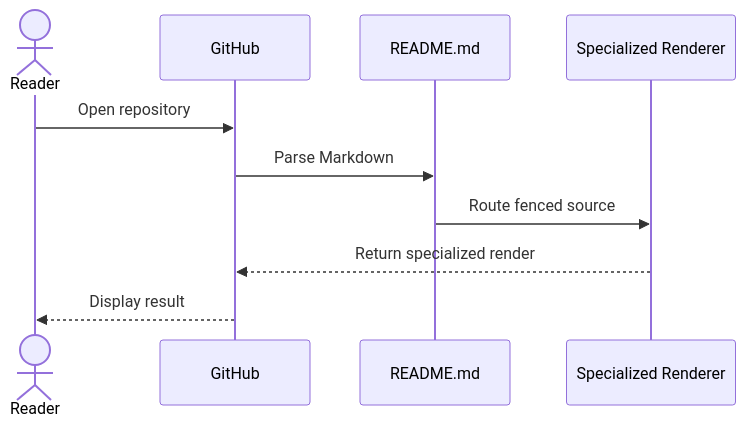
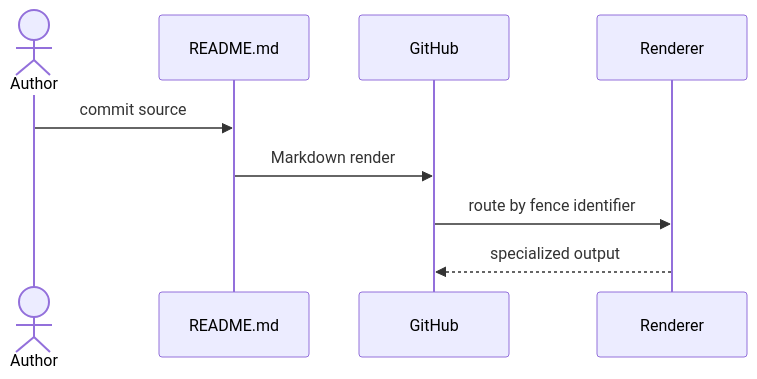
Before and after one commit to thiepn/markdown: the third of 6 diagrams in README.md, drawn with Mermaid. The commit also changed other lines of this file, not shown here.

````diff
--- a/README.md
+++ b/README.md
@@ -769,12 +721,11 @@
 ```mermaid
 sequenceDiagram
-    actor Reader
+    actor Author
+    participant MD as README.md
     participant GH as GitHub
-    participant MD as README.md
-    participant R as Specialized Renderer
-    Reader->>GH: Open repository
-    GH->>MD: Parse Markdown
-    MD->>R: Route fenced source
-    R-->>GH: Return specialized render
-    GH-->>Reader: Display result
+    participant R as Renderer
+    Author->>MD: commit source
+    MD->>GH: Markdown render
+    GH->>R: route by fence identifier
+    R-->>GH: specialized output
 ```
````
